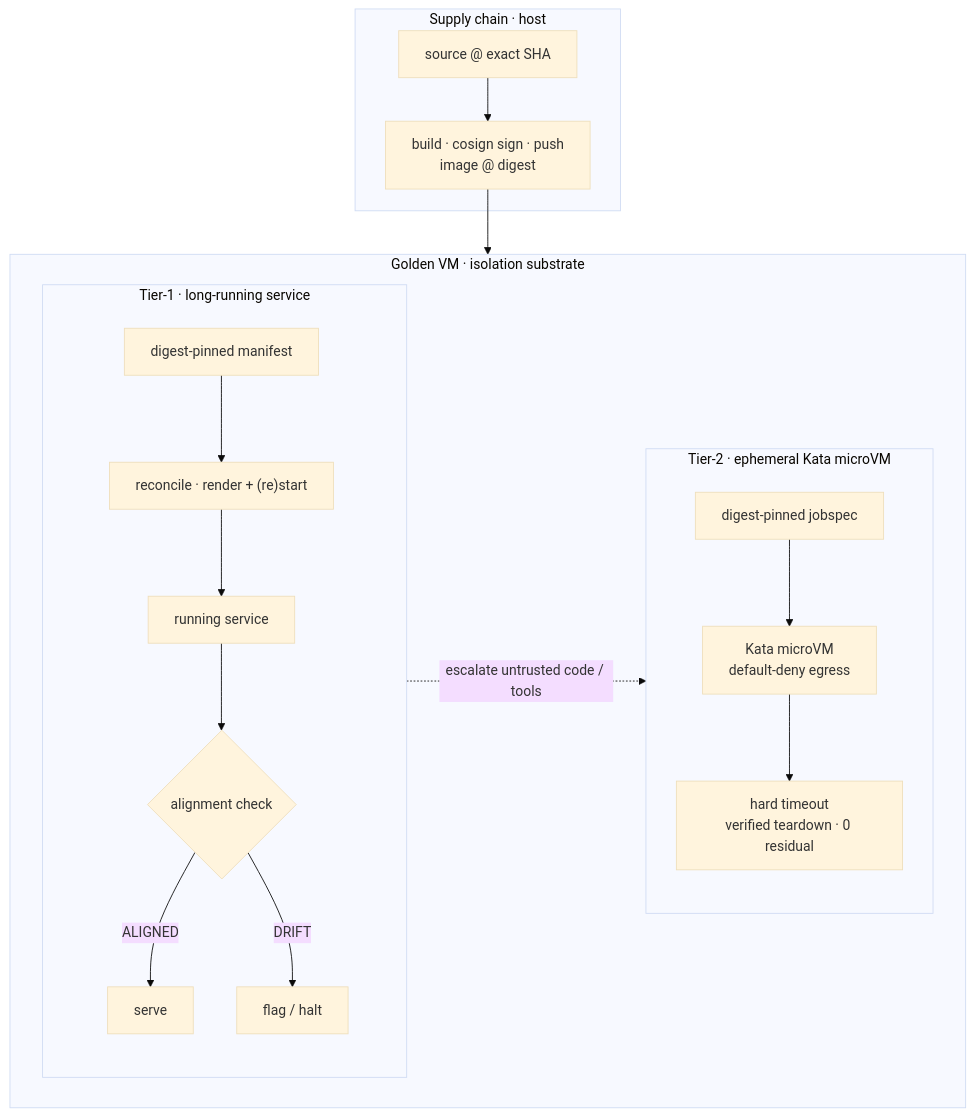
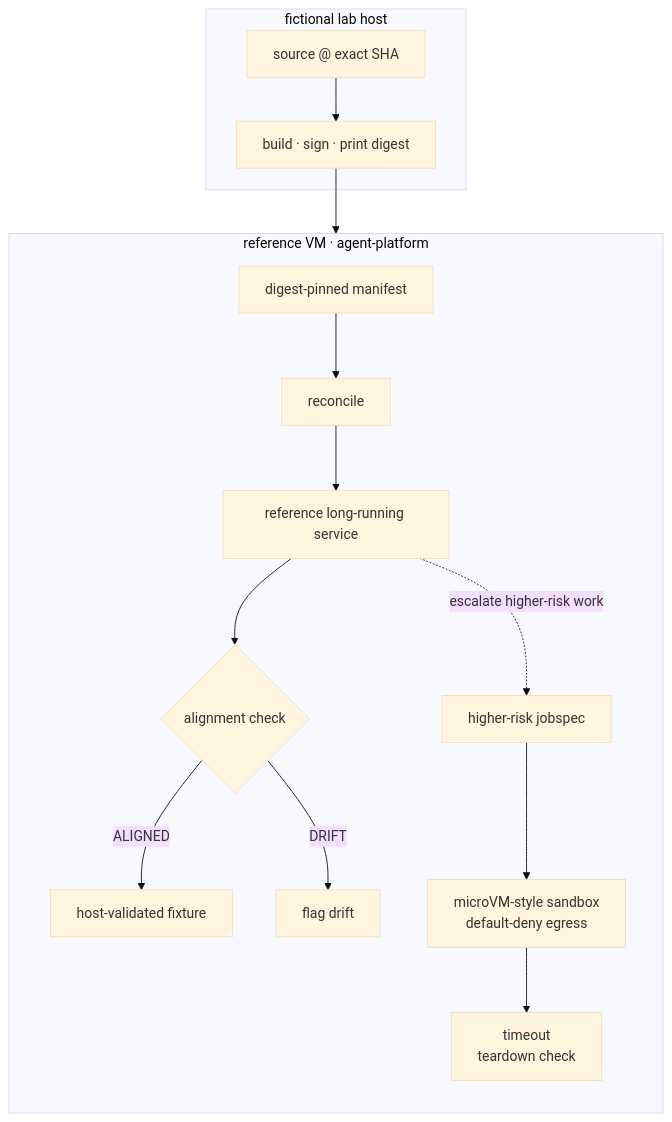
The diagram in docs/architecture/01-isolation-substrate.md (sambegui/agent-vm), drawn with Mermaid (base theme) before and after one commit. The commit also changed other lines of this file and 55 other files, not shown here.

````diff
--- a/docs/architecture/01-isolation-substrate.md
+++ b/docs/architecture/01-isolation-substrate.md
@@ -7,24 +26,18 @@
 ```mermaid
 flowchart TB
-    subgraph SUP["Supply chain · host"]
-        SRC["source @ exact SHA"] --> PIPE["build · cosign sign · push<br/>image @ digest"]
+    subgraph LAB["fictional lab host"]
+        SRC["source @ exact SHA"] --> PIPE["build · sign · print digest"]
     end
-    subgraph VM["Golden VM · isolation substrate"]
-        direction LR
-        subgraph T1["Tier-1 · long-running service"]
-            direction TB
-            MAN["digest-pinned manifest"] --> REC["reconcile · render + (re)start"]
-            REC --> RUN["running service"]
-            RUN --> ALN{"alignment check"}
-            ALN -->|ALIGNED| SRV["serve"]
-            ALN -->|DRIFT| HLT["flag / halt"]
-        end
-        subgraph T2["Tier-2 · ephemeral Kata microVM"]
-            direction TB
-            JOB["digest-pinned jobspec"] --> MVM["Kata microVM<br/>default-deny egress"]
-            MVM --> TDN["hard timeout<br/>verified teardown · 0 residual"]
-        end
-        RUN -.->|"escalate untrusted code / tools"| JOB
+    subgraph VM["reference VM · agent-platform"]
+        direction TB
+        MAN["digest-pinned manifest"] --> REC["reconcile"]
+        REC --> RUN["reference long-running service"]
+        RUN --> ALN{"alignment check"}
+        ALN -->|ALIGNED| OK["host-validated fixture"]
+        ALN -->|DRIFT| HALT["flag drift"]
+        JOB["higher-risk jobspec"] --> MVM["microVM-style sandbox<br/>default-deny egress"]
+        MVM --> TDN["timeout<br/>teardown check"]
     end
     PIPE --> MAN
+    RUN -.->|"escalate higher-risk work"| JOB
 ```
````
